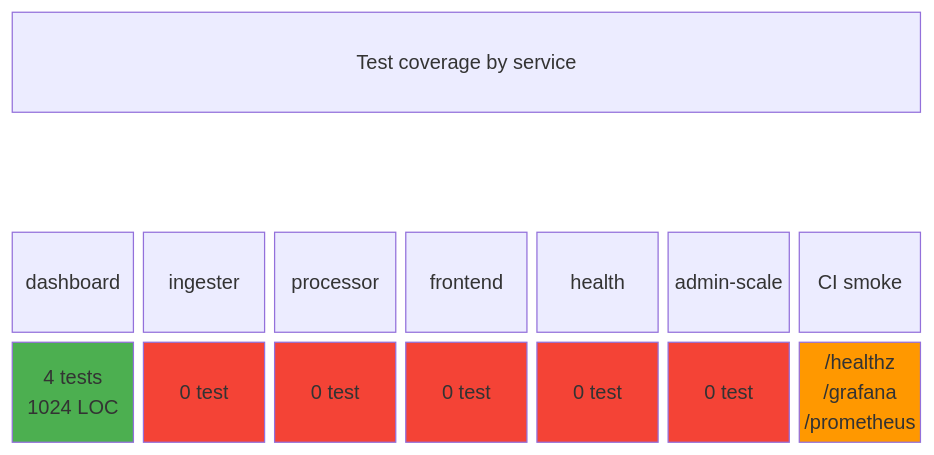
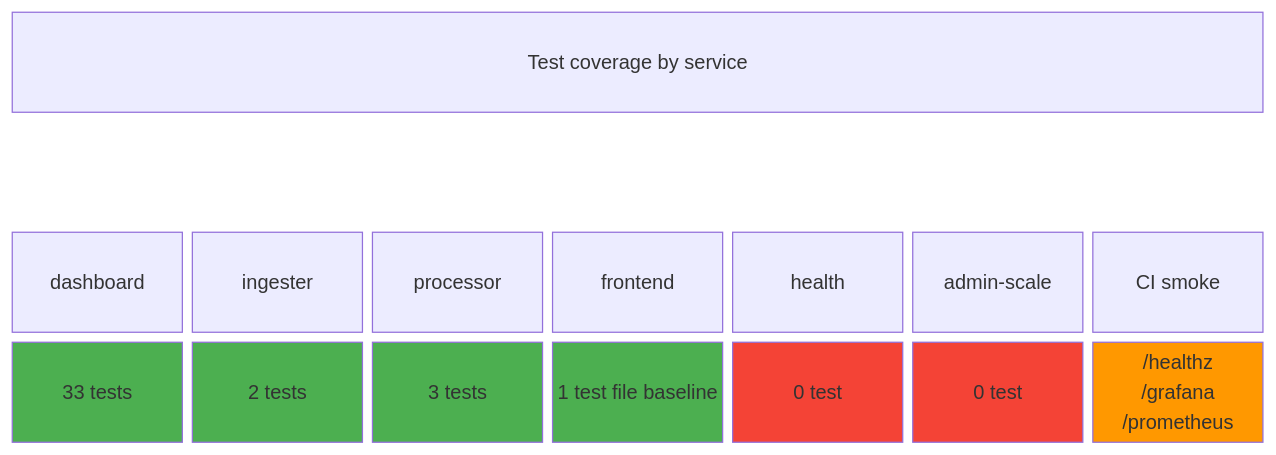
One commit to ClementV78/CloudRadar changed the first of 9 diagrams in docs/code-reviews/test-strategy-review.md. Above: the diagram before and after it, drawn with Mermaid. The commit also changed other lines of this file, not shown here.

First line of the commit message:
docs(test): refresh test-strategy baseline status

````diff
--- a/docs/code-reviews/test-strategy-review.md
+++ b/docs/code-reviews/test-strategy-review.md
@@ -39,19 +41,18 @@
 ```mermaid
 block-beta
   columns 7
   header["Test coverage by service"]:7
   space:7
   A["dashboard"] B["ingester"] C["processor"] D["frontend"] E["health"] F["admin-scale"] G["CI smoke"]
-  A1["4 tests
-1024 LOC"] B1["0 test"] C1["0 test"] D1["0 test"] E1["0 test"] F1["0 test"] G1["/healthz
+  A1["33 tests"] B1["2 tests"] C1["3 tests"] D1["1 test file baseline"] E1["0 test"] F1["0 test"] G1["/healthz
 /grafana
 /prometheus"]
 
   style A1 fill:#4caf50,color:#fff
-  style B1 fill:#f44336,color:#fff
-  style C1 fill:#f44336,color:#fff
-  style D1 fill:#f44336,color:#fff
+  style B1 fill:#4caf50,color:#fff
+  style C1 fill:#4caf50,color:#fff
+  style D1 fill:#4caf50,color:#fff
   style E1 fill:#f44336,color:#fff
   style F1 fill:#f44336,color:#fff
   style G1 fill:#ff9800,color:#fff
 ```
````
